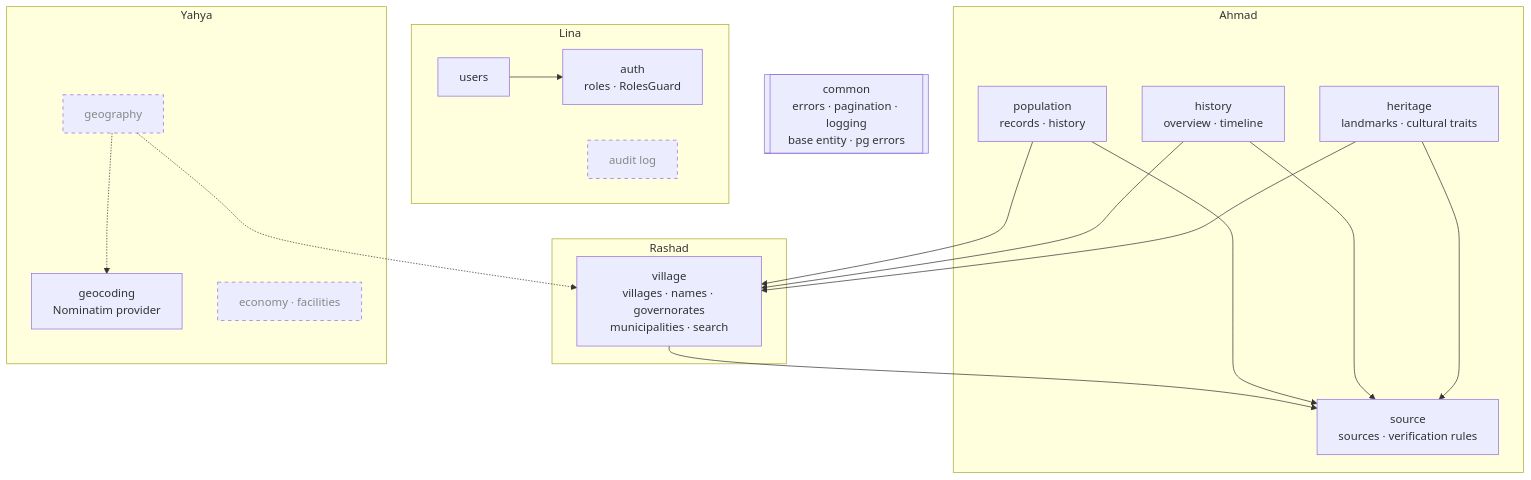
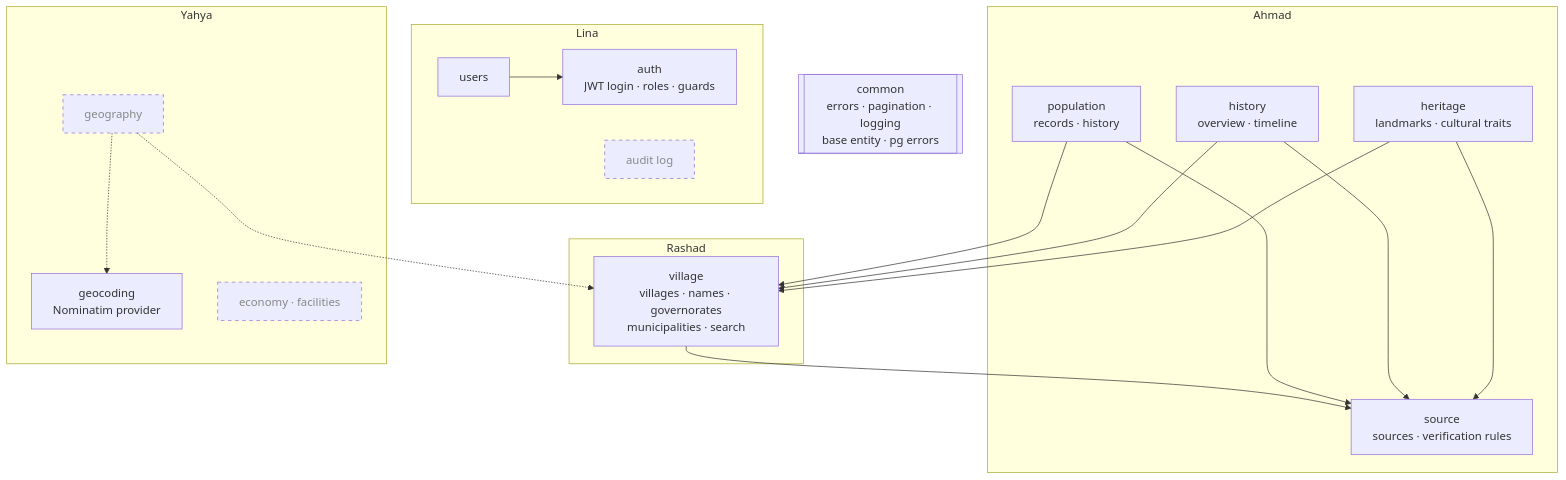
The second of 5 diagrams in docs/architecture.md (qaryati-Org/qaryati), drawn with Mermaid before and after one commit. The commit also changed other lines of this file, not shown here.

Commit message:
docs(architecture): describe JWT guards and enforced roles

````diff
--- a/docs/architecture.md
+++ b/docs/architecture.md
@@ -49,37 +49,37 @@
 ```mermaid
 flowchart TB
     subgraph Rashad
         VIL[village<br/>villages · names · governorates<br/>municipalities · search]
     end
     subgraph Ahmad
         SRC[source<br/>sources · verification rules]
         POP[population<br/>records · history]
         HIS[history<br/>overview · timeline]
         HER[heritage<br/>landmarks · cultural traits]
     end
     subgraph Lina
-        AUTH[auth<br/>roles · RolesGuard]
+        AUTH[auth<br/>JWT login · roles · guards]
         USR[users]
         AUD[audit log]:::planned
     end
     subgraph Yahya
         GEO[geocoding<br/>Nominatim provider]
         GEOG[geography]:::planned
         ECO[economy · facilities]:::planned
     end
 
     COMMON[[common<br/>errors · pagination · logging<br/>base entity · pg errors]]
 
     VIL --> SRC
     POP --> VIL
     POP --> SRC
     HIS --> VIL
     HIS --> SRC
     HER --> VIL
     HER --> SRC
     USR --> AUTH
     GEOG -.-> GEO
     GEOG -.-> VIL
 
     classDef planned stroke-dasharray: 5 5,color:#888
 ```
````
